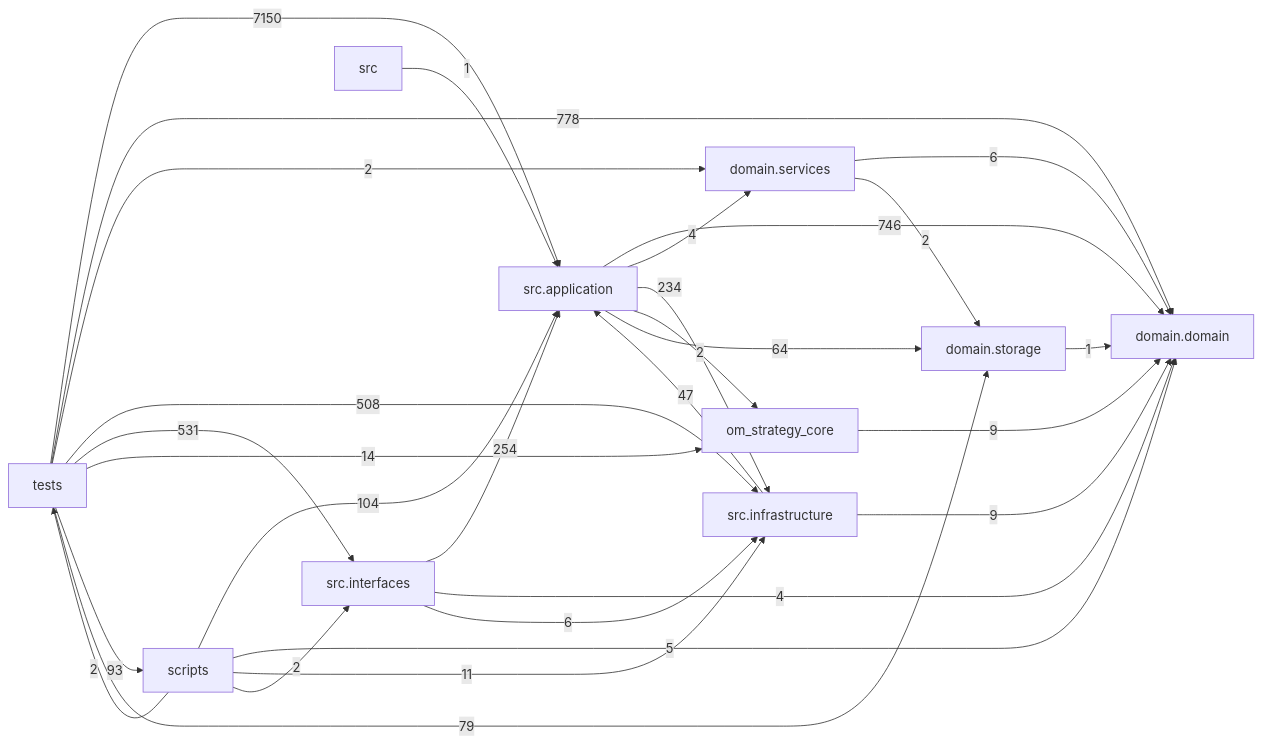
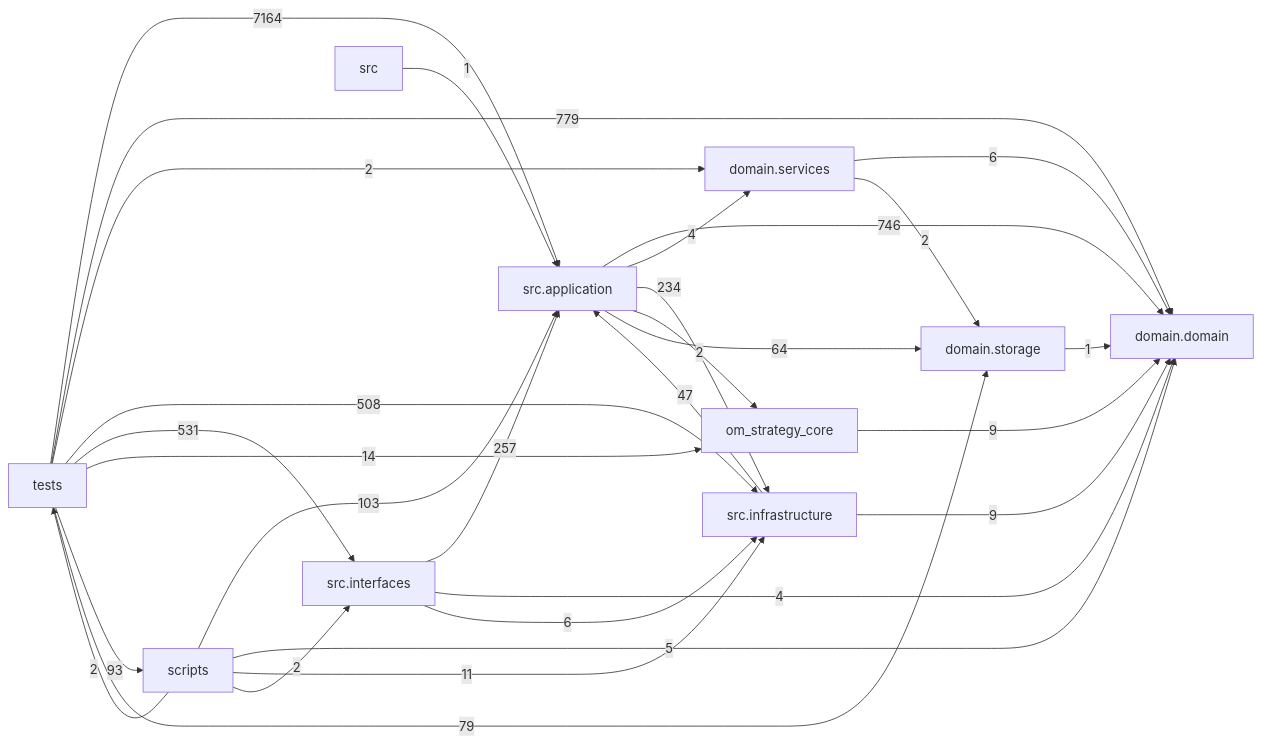
The diagram in docs/DEPENDENCY_GRAPH.md (liuxie066/options-monitor), drawn with Mermaid before and after one commit. The commit also changed other lines of this file and 53 other files, not shown here.

````diff
--- a/docs/DEPENDENCY_GRAPH.md
+++ b/docs/DEPENDENCY_GRAPH.md
@@ -24,39 +24,39 @@
 ```mermaid
 flowchart LR
   tests["tests"]
   scripts["scripts"]
   interfaces["src.interfaces"]
   application["src.application"]
   infrastructure["src.infrastructure"]
   domain_services["domain.services"]
   domain["domain.domain"]
   storage["domain.storage"]
   application -->|746| domain
   application -->|4| domain_services
   application -->|234| infrastructure
   application -->|2| om_strategy_core
   application -->|64| storage
   domain_services -->|6| domain
   domain_services -->|2| storage
   infrastructure -->|47| application
   infrastructure -->|9| domain
-  interfaces -->|254| application
+  interfaces -->|257| application
   interfaces -->|4| domain
   interfaces -->|6| infrastructure
   om_strategy_core -->|9| domain
-  scripts -->|104| application
+  scripts -->|103| application
   scripts -->|5| domain
   scripts -->|11| infrastructure
   scripts -->|2| interfaces
   scripts -->|2| tests
   src -->|1| application
   storage -->|1| domain
-  tests -->|7150| application
-  tests -->|778| domain
+  tests -->|7164| application
+  tests -->|779| domain
   tests -->|2| domain_services
   tests -->|508| infrastructure
   tests -->|531| interfaces
   tests -->|14| om_strategy_core
   tests -->|93| scripts
   tests -->|79| storage
 ```
````
